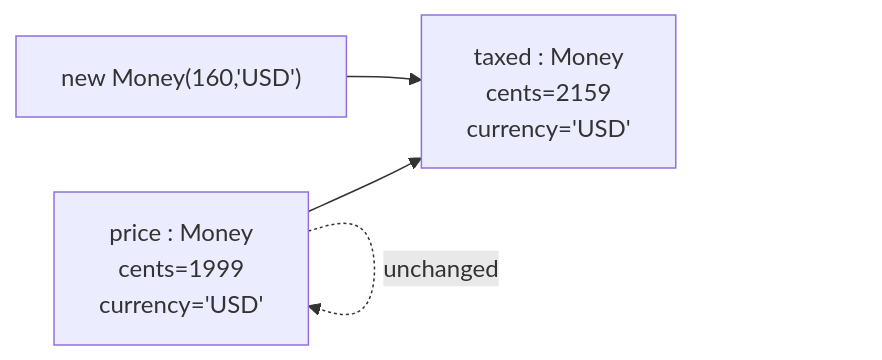
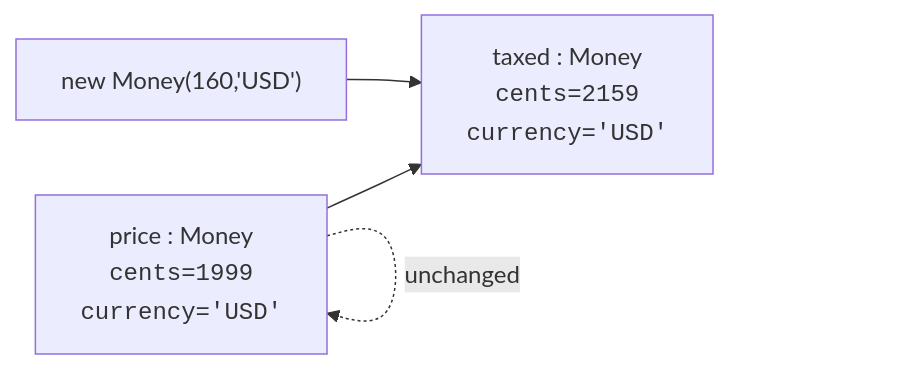
Before and after one commit to dataslope/dataslope: the third of 3 diagrams in content/learn/oop-blueprint-java/constructors-and-state.mdx, drawn with Mermaid. The commit also changed other lines of this file and 100 other files, not shown here.

First line of the commit message:
Wrap more code in diagram labels: filenames, hex, assignments, subgraph titles

````diff
--- a/content/learn/oop-blueprint-java/constructors-and-state.mdx
+++ b/content/learn/oop-blueprint-java/constructors-and-state.mdx
@@ -225,10 +225,10 @@
 ```mermaid
 flowchart LR
-    P["price : Money<br/>cents=1999<br/>currency='USD'"]
-    T["taxed : Money<br/>cents=2159<br/>currency='USD'"]
+    P["price : Money<br/><code>cents=1999</code><br/><code>currency='USD'</code>"]
+    T["taxed : Money<br/><code>cents=2159</code><br/><code>currency='USD'</code>"]
     O["new Money(160,'USD')"]
 
     P -. unchanged .-> P
     O --> T
     P --> T
 ```
````
